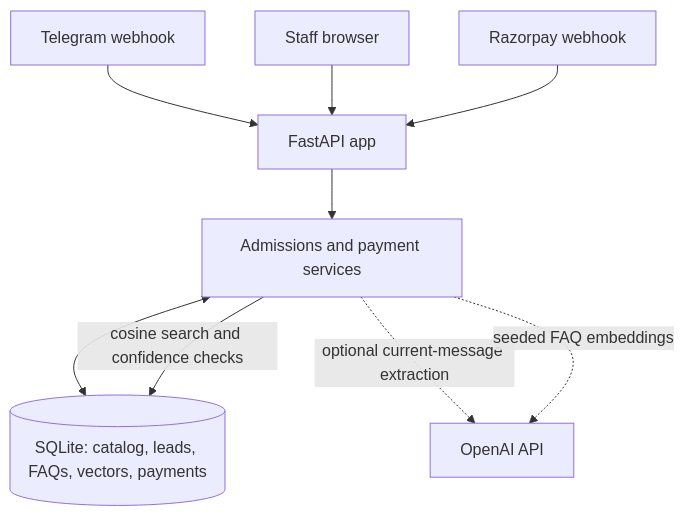
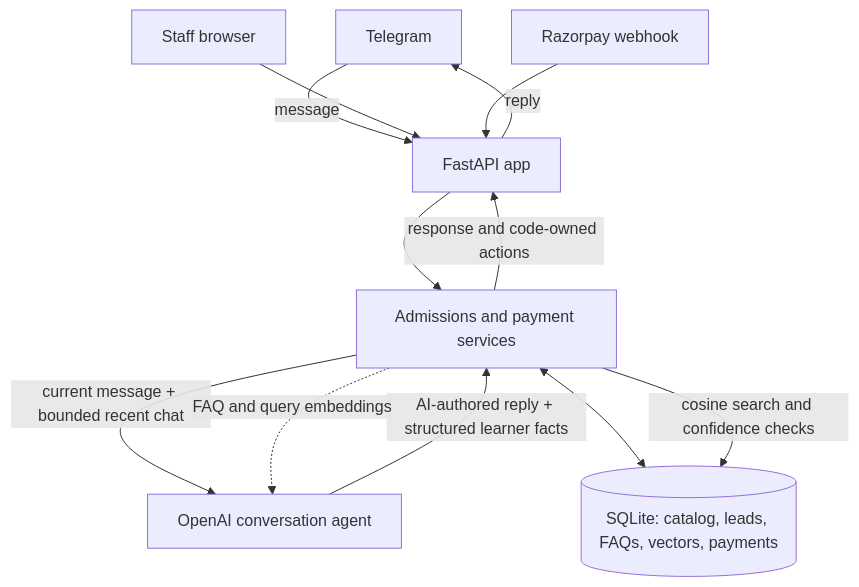
The second of 2 diagrams in README.md (Shan091/admitflow), drawn with Mermaid before and after one commit. The commit also changed other lines of this file and 20 other files, not shown here.

Commit message:
polish learner-facing admissions conversation

````diff
--- a/README.md
+++ b/README.md
@@ -63,11 +63,14 @@
 ```mermaid
 flowchart TB
-    TG[Telegram webhook] --> API[FastAPI app]
+    TG[Telegram] -->|message| API[FastAPI app]
     WEB[Staff browser] --> API
     RP[Razorpay webhook] --> API
     API --> SVC[Admissions and payment services]
+    SVC -->|current message + bounded recent chat| OAI[OpenAI conversation agent]
+    OAI -->|AI-authored reply + structured learner facts| SVC
+    SVC -->|response and code-owned actions| API
+    API -->|reply| TG
     SVC <--> DB[(SQLite: catalog, leads, FAQs, vectors, payments)]
-    SVC -. optional current-message extraction .-> OAI[OpenAI API]
-    SVC -. seeded FAQ embeddings .-> OAI
+    SVC -. FAQ and query embeddings .-> OAI
     SVC -->|cosine search and confidence checks| DB
 ```
````
